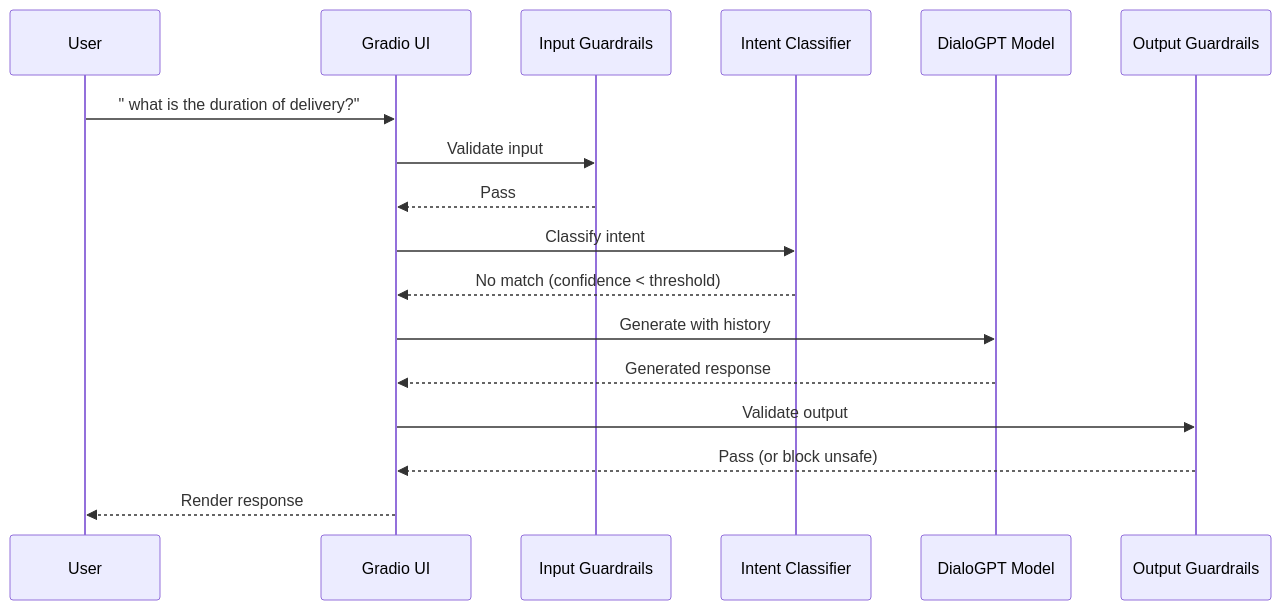
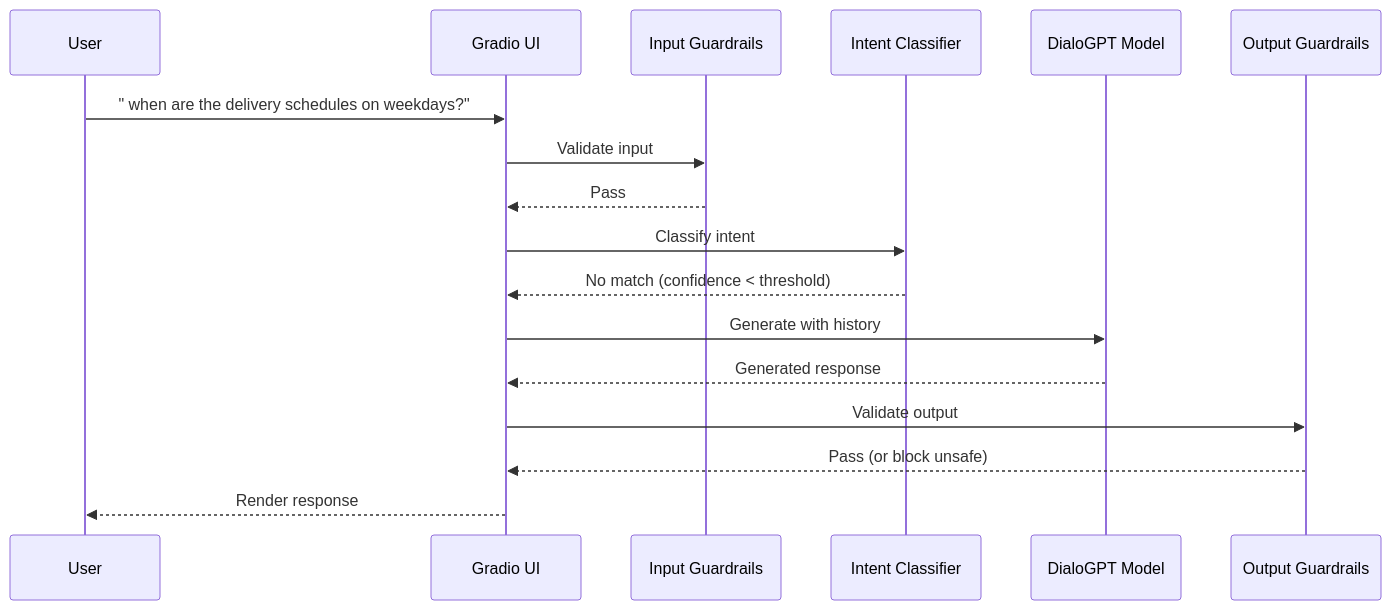
One commit to tukue/conversational-ai-chatbot changed the fourth of 4 diagrams in README.md. Above: the diagram before and after it, drawn with Mermaid.

````diff
--- a/README.md
+++ b/README.md
@@ -224,20 +224,20 @@
 ```mermaid
 sequenceDiagram
     participant U as User
     participant UI as Gradio UI
     participant IG as Input Guardrails
     participant IC as Intent Classifier
     participant Model as DialoGPT Model
     participant OG as Output Guardrails
 
-    U->>UI: " what is the duration of delivery?"
+    U->>UI: " when are the delivery schedules on weekdays?"
     UI->>IG: Validate input
     IG-->>UI: Pass
     UI->>IC: Classify intent
     IC-->>UI: No match (confidence < threshold)
     UI->>Model: Generate with history
     Model-->>UI: Generated response
     UI->>OG: Validate output
     OG-->>UI: Pass (or block unsafe)
     UI-->>U: Render response
 ```
````
